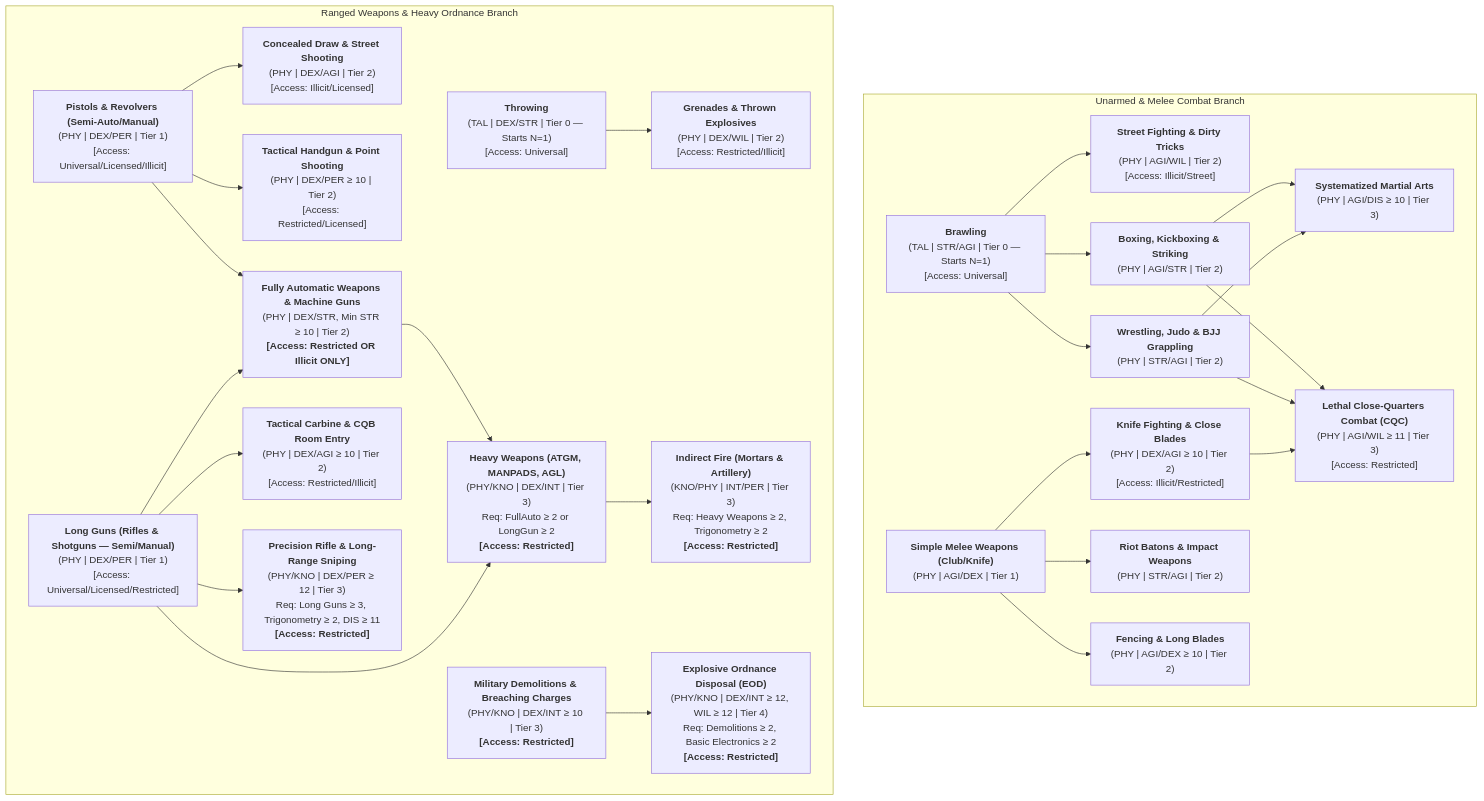
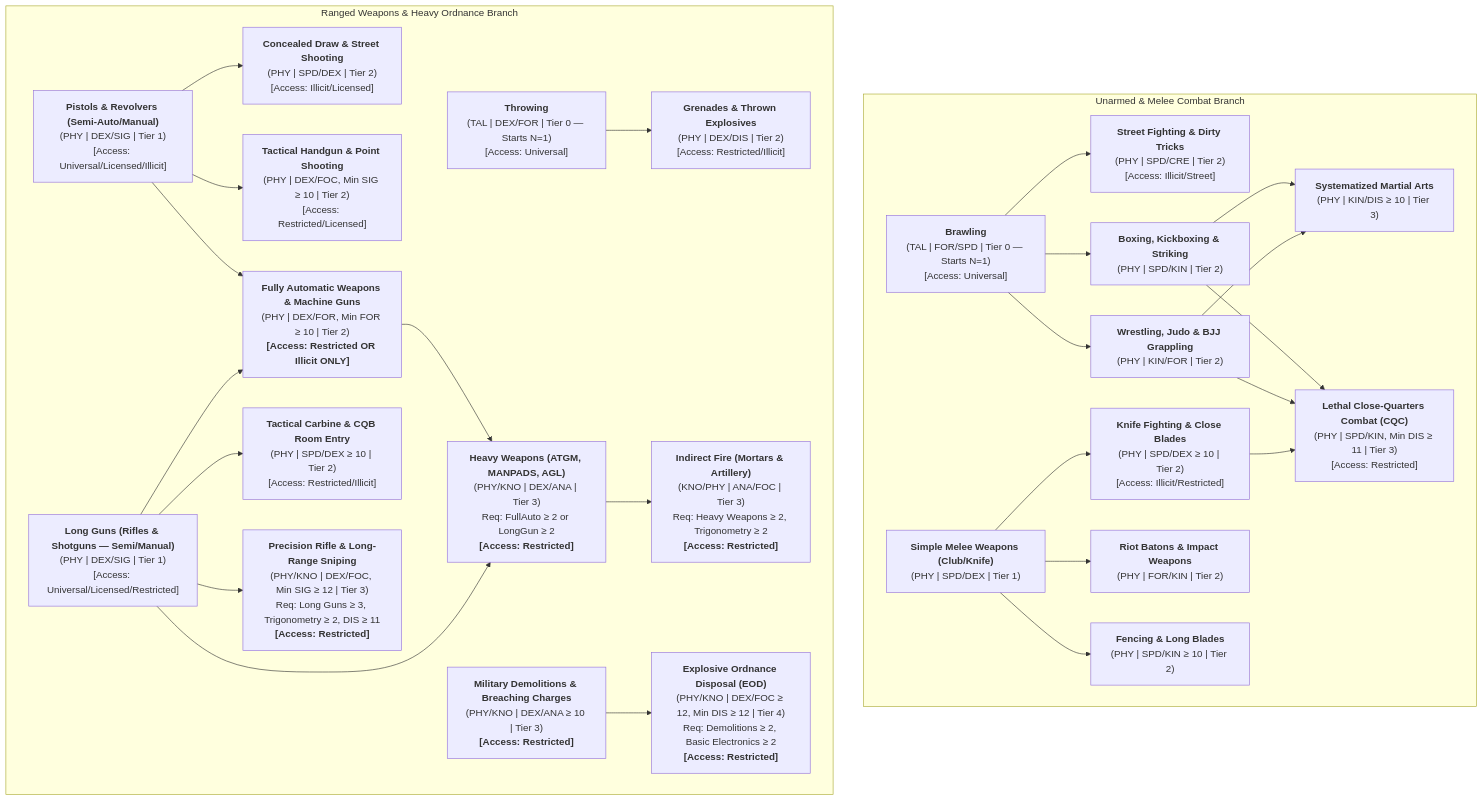
Before and after one commit to rarebreed/satya: the fifth of 9 diagrams in docs/ttrpg/skill-design.md, drawn with Mermaid. The commit also changed other lines of this file and 1 other file, not shown here.

````diff
--- a/docs/ttrpg/skill-design.md
+++ b/docs/ttrpg/skill-design.md
@@ -405,55 +437,55 @@
 ```mermaid
 flowchart TD
     subgraph UnarmedMelee["Unarmed & Melee Combat Branch"]
-        Brawl["<b>Brawling</b><br/>(TAL | STR/AGI | Tier 0 — Starts N=1)<br/>[Access: Universal]"]
-        StreetFight["<b>Street Fighting & Dirty Tricks</b><br/>(PHY | AGI/WIL | Tier 2)<br/>[Access: Illicit/Street]"]
-        Striking["<b>Boxing, Kickboxing & Striking</b><br/>(PHY | AGI/STR | Tier 2)"]
-        Grapple["<b>Wrestling, Judo & BJJ Grappling</b><br/>(PHY | STR/AGI | Tier 2)"]
-        Martial["<b>Systematized Martial Arts</b><br/>(PHY | AGI/DIS ≥ 10 | Tier 3)"]
-        CQC["<b>Lethal Close-Quarters Combat (CQC)</b><br/>(PHY | AGI/WIL ≥ 11 | Tier 3)<br/>[Access: Restricted]"]
-        MeleeBasic["<b>Simple Melee Weapons (Club/Knife)</b><br/>(PHY | AGI/DEX | Tier 1)"]
-        KnifeFight["<b>Knife Fighting & Close Blades</b><br/>(PHY | DEX/AGI ≥ 10 | Tier 2)<br/>[Access: Illicit/Restricted]"]
-        Bludgeon["<b>Riot Batons & Impact Weapons</b><br/>(PHY | STR/AGI | Tier 2)"]
-        Sword["<b>Fencing & Long Blades</b><br/>(PHY | AGI/DEX ≥ 10 | Tier 2)"]
+        Brawl["<b>Brawling</b><br/>(TAL | FOR/SPD | Tier 0 — Starts N=1)<br/>[Access: Universal]"]
+        StreetFight["<b>Street Fighting & Dirty Tricks</b><br/>(PHY | SPD/CRE | Tier 2)<br/>[Access: Illicit/Street]"]
+        Striking["<b>Boxing, Kickboxing & Striking</b><br/>(PHY | SPD/KIN | Tier 2)"]
+        Grapple["<b>Wrestling, Judo & BJJ Grappling</b><br/>(PHY | KIN/FOR | Tier 2)"]
+        Martial["<b>Systematized Martial Arts</b><br/>(PHY | KIN/DIS ≥ 10 | Tier 3)"]
+        CQC["<b>Lethal Close-Quarters Combat (CQC)</b><br/>(PHY | SPD/KIN, Min DIS ≥ 11 | Tier 3)<br/>[Access: Restricted]"]
+        MeleeBasic["<b>Simple Melee Weapons (Club/Knife)</b><br/>(PHY | SPD/DEX | Tier 1)"]
+        KnifeFight["<b>Knife Fighting & Close Blades</b><br/>(PHY | SPD/DEX ≥ 10 | Tier 2)<br/>[Access: Illicit/Restricted]"]
+        Bludgeon["<b>Riot Batons & Impact Weapons</b><br/>(PHY | FOR/KIN | Tier 2)"]
+        Sword["<b>Fencing & Long Blades</b><br/>(PHY | SPD/KIN ≥ 10 | Tier 2)"]
     end
 
     subgraph RangedOrdnance["Ranged Weapons & Heavy Ordnance Branch"]
-        Throw["<b>Throwing</b><br/>(TAL | DEX/STR | Tier 0 — Starts N=1)<br/>[Access: Universal]"]
-        Grenade["<b>Grenades & Thrown Explosives</b><br/>(PHY | DEX/WIL | Tier 2)<br/>[Access: Restricted/Illicit]"]
-        Pistol["<b>Pistols & Revolvers (Semi-Auto/Manual)</b><br/>(PHY | DEX/PER | Tier 1)<br/>[Access: Universal/Licensed/Illicit]"]
-        StreetShoot["<b>Concealed Draw & Street Shooting</b><br/>(PHY | DEX/AGI | Tier 2)<br/>[Access: Illicit/Licensed]"]
-        CombatPistol["<b>Tactical Handgun & Point Shooting</b><br/>(PHY | DEX/PER ≥ 10 | Tier 2)<br/>[Access: Restricted/Licensed]"]
-        LongGun["<b>Long Guns (Rifles & Shotguns — Semi/Manual)</b><br/>(PHY | DEX/PER | Tier 1)<br/>[Access: Universal/Licensed/Restricted]"]
-        TacCarbine["<b>Tactical Carbine & CQB Room Entry</b><br/>(PHY | DEX/AGI ≥ 10 | Tier 2)<br/>[Access: Restricted/Illicit]"]
-        FullAuto["<b>Fully Automatic Weapons & Machine Guns</b><br/>(PHY | DEX/STR, Min STR ≥ 10 | Tier 2)<br/><b>[Access: Restricted OR Illicit ONLY]</b>"]
-        Sniper["<b>Precision Rifle & Long-Range Sniping</b><br/>(PHY/KNO | DEX/PER ≥ 12 | Tier 3)<br/>Req: Long Guns ≥ 3, Trigonometry ≥ 2, DIS ≥ 11<br/><b>[Access: Restricted]</b>"]
-        HeavyWep["<b>Heavy Weapons (ATGM, MANPADS, AGL)</b><br/>(PHY/KNO | DEX/INT | Tier 3)<br/>Req: FullAuto ≥ 2 or LongGun ≥ 2<br/><b>[Access: Restricted]</b>"]
-        Indirect["<b>Indirect Fire (Mortars & Artillery)</b><br/>(KNO/PHY | INT/PER | Tier 3)<br/>Req: Heavy Weapons ≥ 2, Trigonometry ≥ 2<br/><b>[Access: Restricted]</b>"]
-        Demolitions["<b>Military Demolitions & Breaching Charges</b><br/>(PHY/KNO | DEX/INT ≥ 10 | Tier 3)<br/><b>[Access: Restricted]</b>"]
-        EOD["<b>Explosive Ordnance Disposal (EOD)</b><br/>(PHY/KNO | DEX/INT ≥ 12, WIL ≥ 12 | Tier 4)<br/>Req: Demolitions ≥ 2, Basic Electronics ≥ 2<br/><b>[Access: Restricted]</b>"]
+        Throw["<b>Throwing</b><br/>(TAL | DEX/FOR | Tier 0 — Starts N=1)<br/>[Access: Universal]"]
+        Grenade["<b>Grenades & Thrown Explosives</b><br/>(PHY | DEX/DIS | Tier 2)<br/>[Access: Restricted/Illicit]"]
+        Pistol["<b>Pistols & Revolvers (Semi-Auto/Manual)</b><br/>(PHY | DEX/SIG | Tier 1)<br/>[Access: Universal/Licensed/Illicit]"]
+        StreetShoot["<b>Concealed Draw & Street Shooting</b><br/>(PHY | SPD/DEX | Tier 2)<br/>[Access: Illicit/Licensed]"]
+        CombatPistol["<b>Tactical Handgun & Point Shooting</b><br/>(PHY | DEX/FOC, Min SIG ≥ 10 | Tier 2)<br/>[Access: Restricted/Licensed]"]
+        LongGun["<b>Long Guns (Rifles & Shotguns — Semi/Manual)</b><br/>(PHY | DEX/SIG | Tier 1)<br/>[Access: Universal/Licensed/Restricted]"]
+        TacCarbine["<b>Tactical Carbine & CQB Room Entry</b><br/>(PHY | SPD/DEX ≥ 10 | Tier 2)<br/>[Access: Restricted/Illicit]"]
+        FullAuto["<b>Fully Automatic Weapons & Machine Guns</b><br/>(PHY | DEX/FOR, Min FOR ≥ 10 | Tier 2)<br/><b>[Access: Restricted OR Illicit ONLY]</b>"]
+        Sniper["<b>Precision Rifle & Long-Range Sniping</b><br/>(PHY/KNO | DEX/FOC, Min SIG ≥ 12 | Tier 3)<br/>Req: Long Guns ≥ 3, Trigonometry ≥ 2, DIS ≥ 11<br/><b>[Access: Restricted]</b>"]
+        HeavyWep["<b>Heavy Weapons (ATGM, MANPADS, AGL)</b><br/>(PHY/KNO | DEX/ANA | Tier 3)<br/>Req: FullAuto ≥ 2 or LongGun ≥ 2<br/><b>[Access: Restricted]</b>"]
+        Indirect["<b>Indirect Fire (Mortars & Artillery)</b><br/>(KNO/PHY | ANA/FOC | Tier 3)<br/>Req: Heavy Weapons ≥ 2, Trigonometry ≥ 2<br/><b>[Access: Restricted]</b>"]
+        Demolitions["<b>Military Demolitions & Breaching Charges</b><br/>(PHY/KNO | DEX/ANA ≥ 10 | Tier 3)<br/><b>[Access: Restricted]</b>"]
+        EOD["<b>Explosive Ordnance Disposal (EOD)</b><br/>(PHY/KNO | DEX/FOC ≥ 12, Min DIS ≥ 12 | Tier 4)<br/>Req: Demolitions ≥ 2, Basic Electronics ≥ 2<br/><b>[Access: Restricted]</b>"]
     end
 
     Brawl --> StreetFight
     Brawl --> Striking
     Brawl --> Grapple
     Striking --> Martial
     Grapple --> Martial
     Striking --> CQC
     Grapple --> CQC
     MeleeBasic --> KnifeFight
     MeleeBasic --> Bludgeon
     MeleeBasic --> Sword
     KnifeFight --> CQC
 
     Throw --> Grenade
     Pistol --> StreetShoot
     Pistol --> CombatPistol
     Pistol --> FullAuto
     LongGun --> TacCarbine
     LongGun --> FullAuto
     LongGun --> Sniper
     FullAuto --> HeavyWep
     LongGun --> HeavyWep
     HeavyWep --> Indirect
     Demolitions --> EOD
 ```
````
